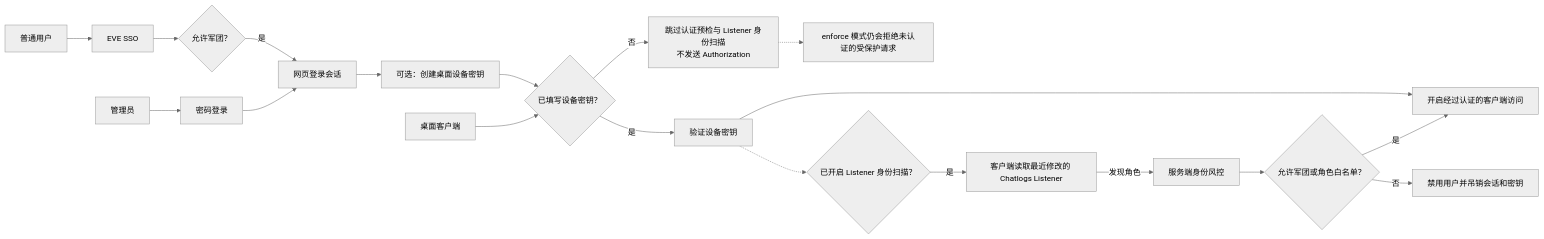
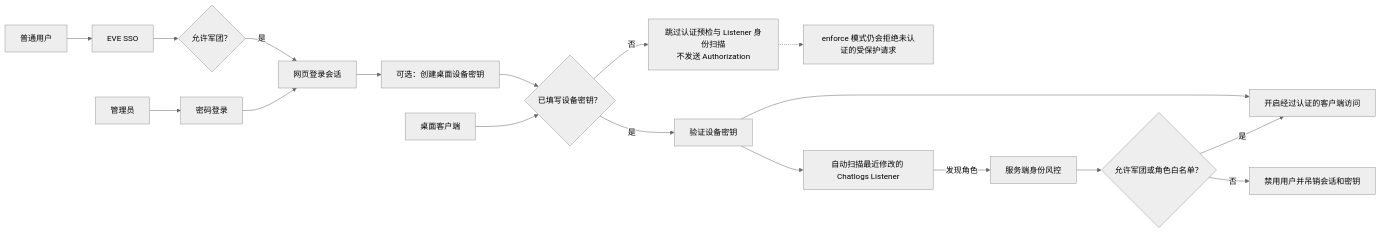
Before and after one commit to xiaqijun/eve-sentry: the third of 3 diagrams in README.md, drawn with Mermaid (neutral theme). The commit also changed other lines of this file and 20 other files, not shown here.

````diff
--- a/README.md
+++ b/README.md
@@ -87,23 +88,22 @@
 ```mermaid
 flowchart LR
     member["普通用户"] --> sso["EVE SSO"]
     sso --> corp{"允许军团？"}
     corp -->|"是"| session["网页登录会话"]
 
     admin["管理员"] --> password["密码登录"]
     password --> session
 
     session --> key["可选：创建桌面设备密钥"]
     client["桌面客户端"] --> configured{"已填写设备密钥？"}
     configured -->|"否"| anonymous["跳过认证预检与 Listener 身份扫描<br/>不发送 Authorization"]
     configured -->|"是"| keycheck["验证设备密钥"]
     key --> configured
     keycheck --> access["开启经过认证的客户端访问"]
-    keycheck -.-> listenerEnabled{"已开启 Listener 身份扫描？"}
-    listenerEnabled -->|"是"| listener["客户端读取最近修改的 Chatlogs Listener"]
+    keycheck --> listener["自动扫描最近修改的 Chatlogs Listener"]
     listener -->|"发现角色"| check["服务端身份风控"]
     check --> rule{"允许军团或角色白名单？"}
     rule -->|"是"| access
     rule -->|"否"| revoke["禁用用户并吊销会话和密钥"]
     anonymous -.-> policy["enforce 模式仍会拒绝未认证的受保护请求"]
 ```
````
